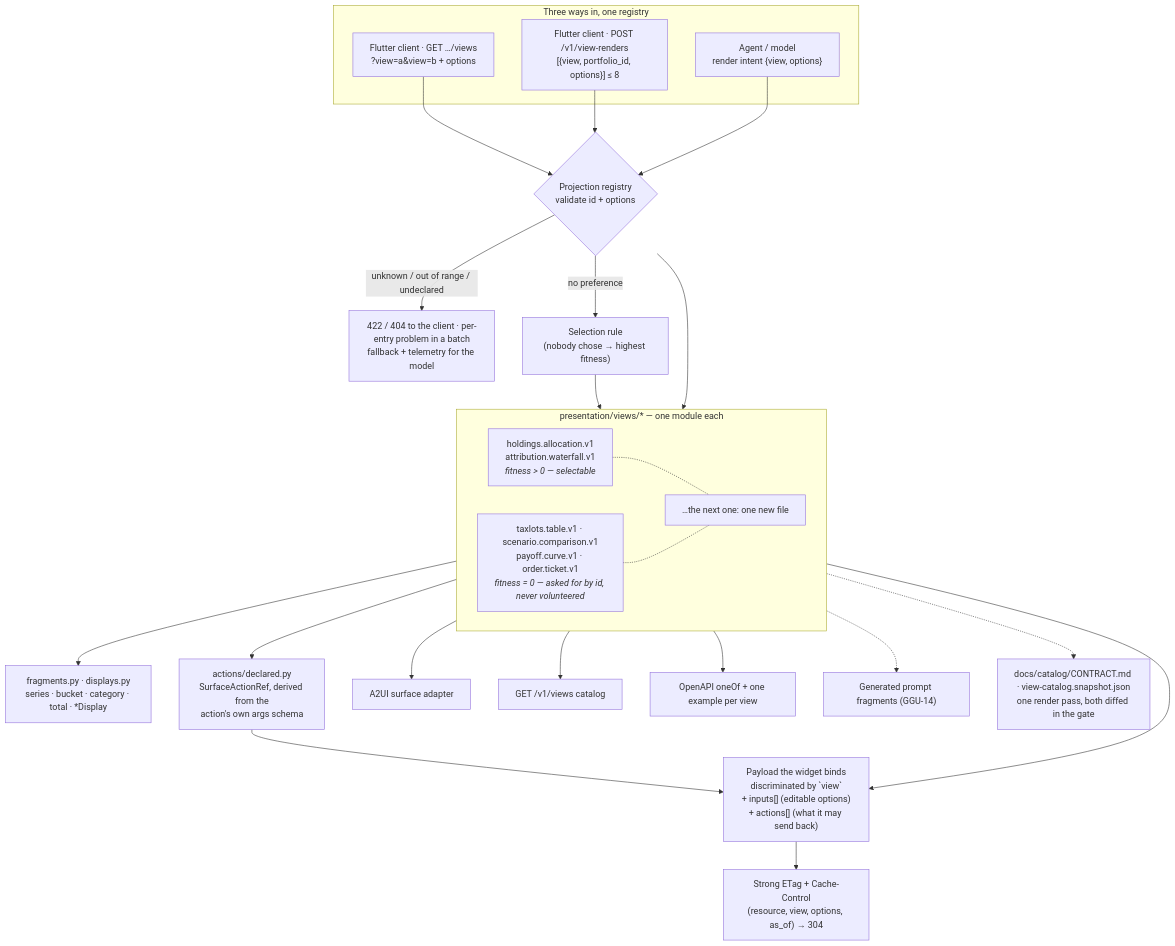
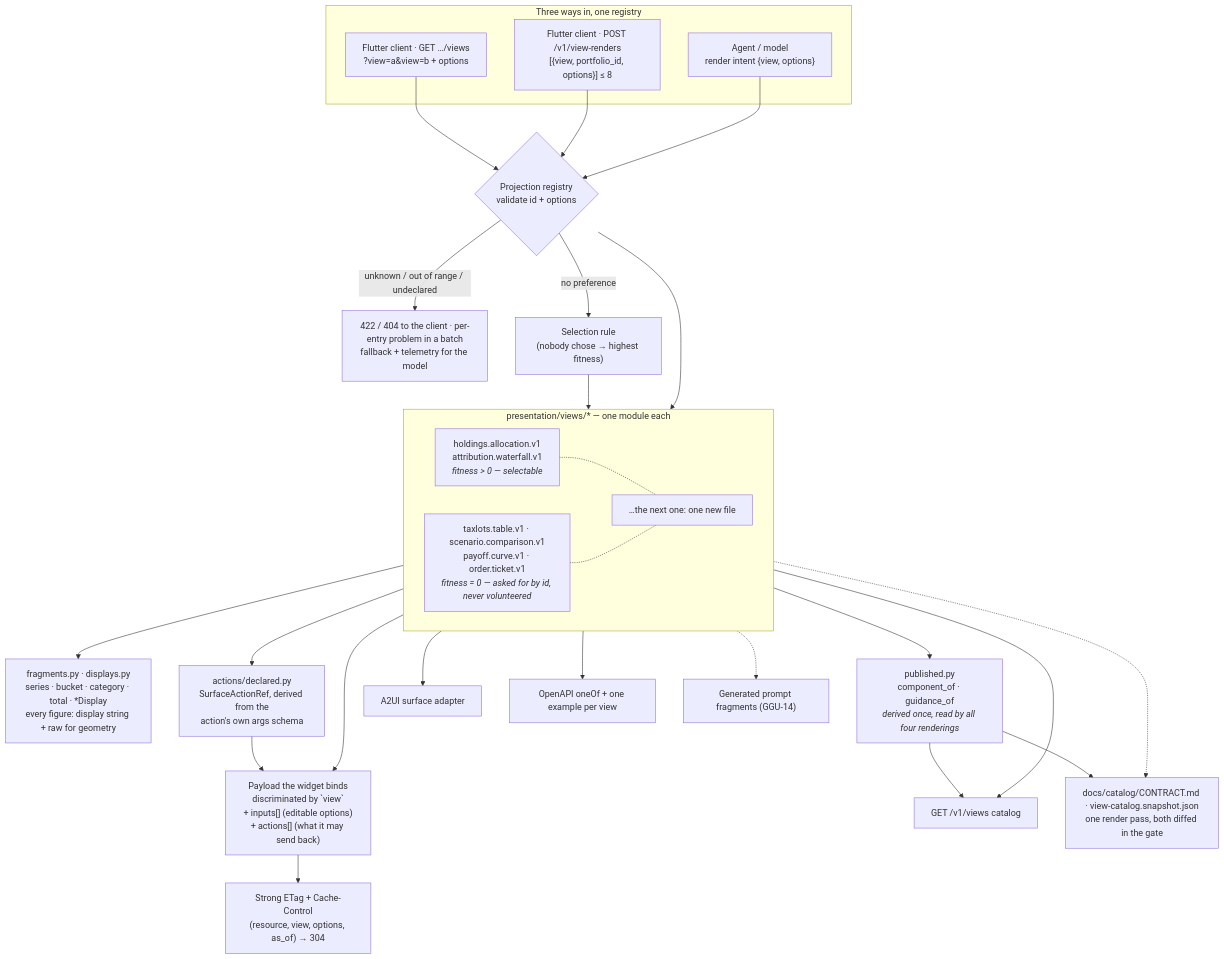
The diagram in docs/diagrams/06-response-shaping.md (somnio-projects/finance-google-a2ui), drawn with Mermaid before and after one commit. The commit also changed other lines of this file and 51 other files, not shown here.

First line of the commit message:
feat(backend): GGU-53 — the catalog serves what the client must draw

````diff
--- a/docs/diagrams/06-response-shaping.md
+++ b/docs/diagrams/06-response-shaping.md
@@ -7,65 +7,77 @@
 ```mermaid
 flowchart TB
     subgraph callers["Three ways in, one registry"]
         cl["Flutter client · GET …/views<br/>?view=a&view=b + options"]
         batch["Flutter client · POST /v1/view-renders<br/>[{view, portfolio_id, options}] ≤ 8"]
         ag["Agent / model<br/>render intent {view, options}"]
     end
     reg{"Projection registry<br/>validate id + options"}
     rej["422 / 404 to the client · per-entry problem in a batch<br/>fallback + telemetry for the model"]
     sel["Selection rule<br/>(nobody chose → highest fitness)"]
     subgraph views["presentation/views/* — one module each"]
         v1["holdings.allocation.v1<br/>attribution.waterfall.v1<br/><i>fitness > 0 — selectable</i>"]
         v2["taxlots.table.v1 · scenario.comparison.v1<br/>payoff.curve.v1 · order.ticket.v1<br/><i>fitness = 0 — asked for by id, never volunteered</i>"]
         vn["…the next one: one new file"]
     end
-    frag["fragments.py · displays.py<br/>series · bucket · category · total · *Display"]
+    frag["fragments.py · displays.py<br/>series · bucket · category · total · *Display<br/>every figure: display string + raw for geometry"]
     decl["actions/declared.py<br/>SurfaceActionRef, derived from the<br/>action's own args schema"]
+    pub["published.py<br/>component_of · guidance_of<br/><i>derived once, read by all four renderings</i>"]
     out["Payload the widget binds<br/>discriminated by `view`<br/>+ inputs[] (editable options)<br/>+ actions[] (what it may send back)"]
     etag["Strong ETag + Cache-Control<br/>(resource, view, options, as_of) → 304"]
     a2ui["A2UI surface adapter"]
     cat["GET /v1/views catalog"]
     oa["OpenAPI oneOf + one example per view"]
     pf["Generated prompt fragments (GGU-14)"]
     doc["docs/catalog/CONTRACT.md · view-catalog.snapshot.json<br/>one render pass, both diffed in the gate"]
 
     cl --> reg
     batch --> reg
     ag --> reg
     reg -- "unknown / out of range / undeclared" --> rej
     reg -- "no preference" --> sel --> views
     reg --> views
     views --> frag
     views --> decl --> out
     views --> out
     out --> etag
     views --> a2ui
+    views --> pub
+    pub --> cat
+    pub --> doc
     views --> cat
     views --> oa
     views -.-> pf
     views -.-> doc
     v1 -.- vn
     v2 -.- vn
 
     %% Registering once publishes to five consumers; adding a chart touches
     %% only its own module (ADR-K D-14, D-15) — views/ is auto-discovered,
     %% so not even an import line is edited.
     %% The frozen contract is published twice from ONE registry read: Markdown
     %% for the designer (GGU-41) and JSON for the Flutter catalog test
     %% (GGU-53). A third rendering is one entry in catalog_artifacts.ARTIFACTS.
     %% The batch is a RESOURCE, not an RPC call: POST creates it, 201 returns
     %% it inline, and EVERY entry carries its own status, so one bad view
     %% never sinks the others (ADR-K D-18).
     %% The client's rejection is a 422/404; inside a batch it is that entry's
     %% problem document; the model's is a recorded fallback (ADR-K D-12).
     %% ETag covers the two GET reads only: a POST batch is not revalidated.
     %% A payload declares interactivity TWICE and the two must agree, which
     %% is what GGU-78 found they did not:
     %%   inputs[]  — the editable options, each named EXACTLY as the option
     %%               that sets it, which is what the contract document reads
     %%               to fill its Input column (spec 0019 OD-3)
     %%   actions[] — what a tap may send BACK, and that is a new agent turn,
     %%               not a re-render (spec 0022)
     %% The rule that keeps them apart: if the answer is the same view with
     %% different numbers it is an OPTION; if it is a new turn it is an ACTION.
+    %% An ACTION is only invocable if the payload carries the VALUE it sends:
+    %% Bucket.key is the symbol drill.attribution.v1 accepts, and before
+    %% GGU-53 it did not exist, so the affordance was advertised and unusable.
+    %% The COMPONENT NAME is the single string the Flutter client registers
+    %% against, so it is derived from the adapter in published.py and never
+    %% transcribed. It is compared against the design catalog, the snapshot
+    %% and the Markdown by test_component_names.py (spec 0023) — four
+    %% declarations of one fact, which is three more than can be trusted.
 ```
````
